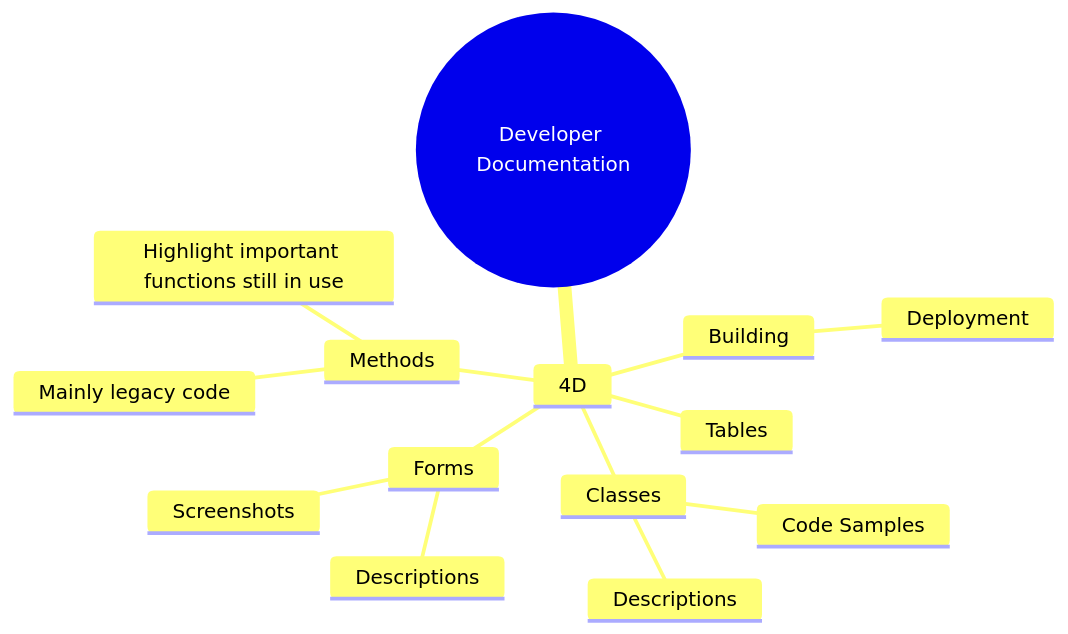
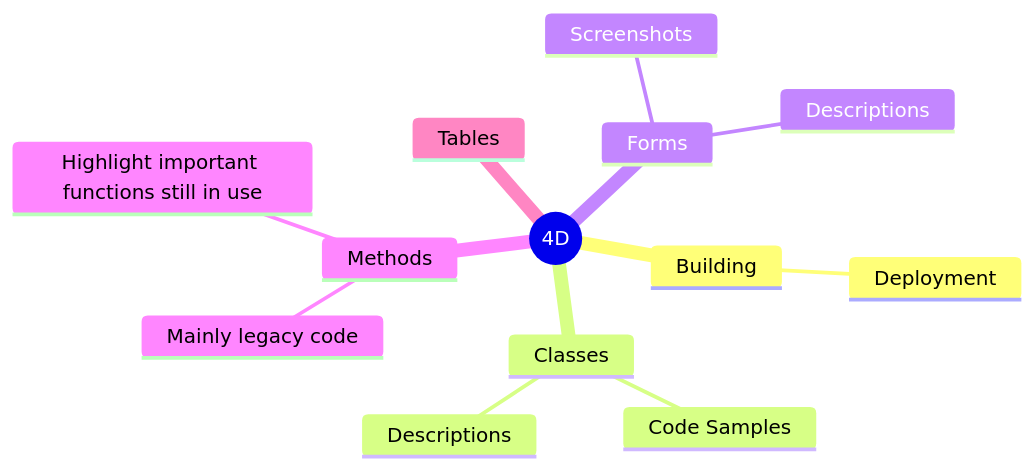
One commit to synthotec/synthotec.github.io changed the diagram in index.md. Above: the diagram before and after it, drawn with Mermaid. The commit also changed other lines of this file, not shown here.

Commit message:
Updated mindmap

````diff
--- a/index.md
+++ b/index.md
@@ -9,19 +9,16 @@
 ```mermaid
 mindmap
-    root((Developer Documentation))
-        4D
-            Building
-                Deployment
-            Classes
-                Code Samples
-                Descriptions
-            Forms
-                Descriptions
-                Screenshots
-            Methods
-                Mainly legacy code
-                Highlight important functions still in use
-            Tables
-            ::icon(fa fa-book)
-            
+    root((4D))
+        Building
+            Deployment
+        Classes
+            Code Samples
+            Descriptions
+        Forms
+            Descriptions
+            Screenshots
+        Methods
+            Mainly legacy code
+            Highlight important functions still in use
+        Tables            
 ```
````
